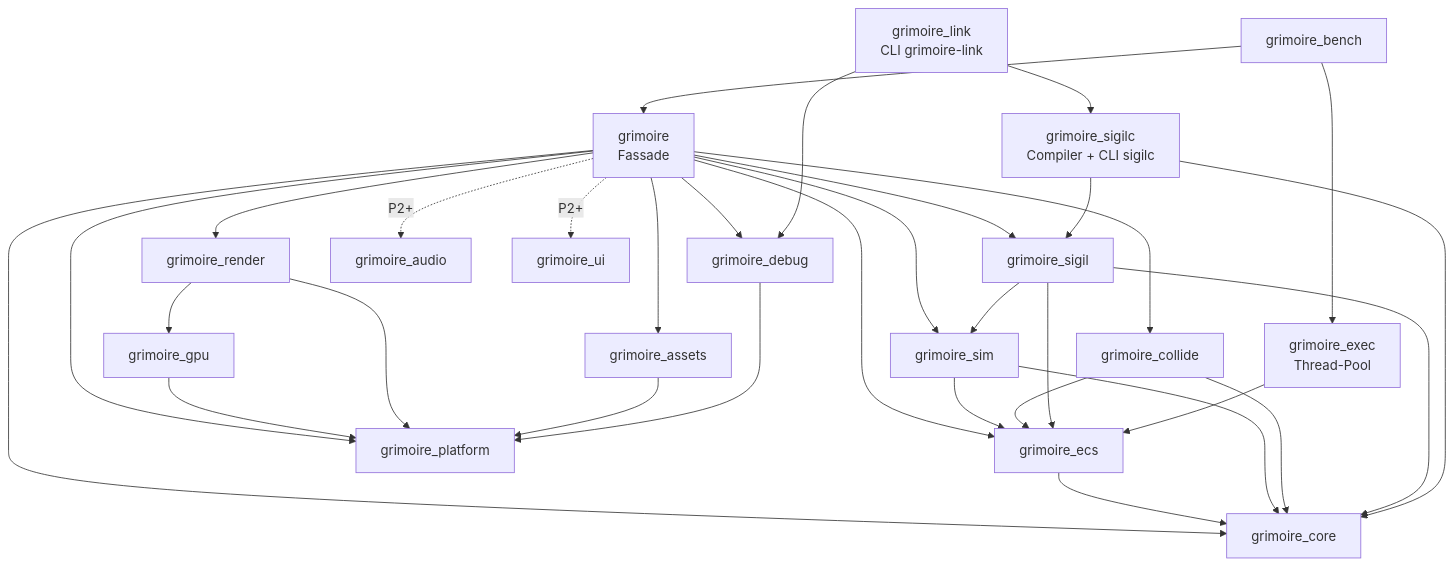
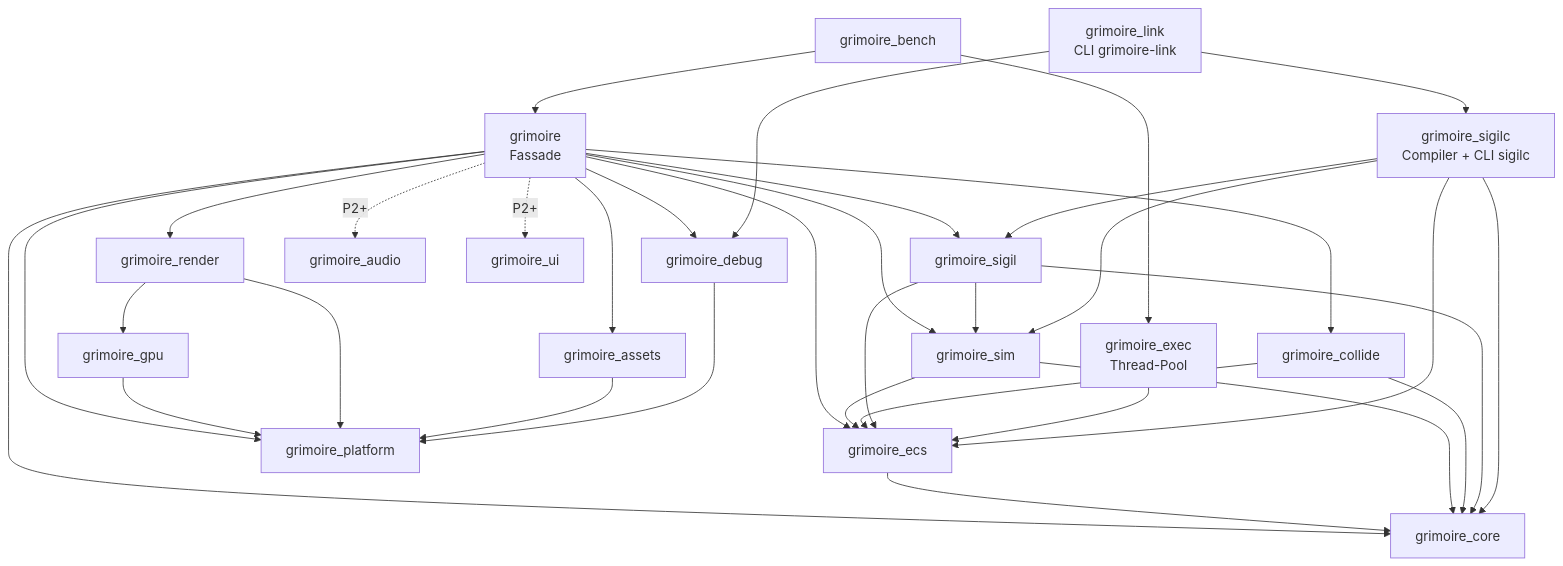
The diagram in docs/architektur/crate-vertraege.md (LupusMalusDeviant/grimoire), drawn with Mermaid before and after one commit. The commit also changed other lines of this file and 1 other file, not shown here.

````diff
--- a/docs/architektur/crate-vertraege.md
+++ b/docs/architektur/crate-vertraege.md
@@ -26,18 +26,18 @@
 ```mermaid
 graph TD
     FAC[grimoire<br/>Fassade] --> REN[grimoire_render] & SIM[grimoire_sim] & ECS[grimoire_ecs] & PLT[grimoire_platform] & CORE[grimoire_core]
     FAC --> COL[grimoire_collide] & SIG[grimoire_sigil] & AST[grimoire_assets] & DBG[grimoire_debug]
     FAC -.P2+.-> AUD[grimoire_audio] & UI[grimoire_ui]
     REN --> GPU[grimoire_gpu] --> PLT
     REN --> PLT
     SIM --> ECS --> CORE
     SIM --> CORE
     COL --> ECS & CORE
     SIG --> SIM & ECS & CORE
     AST --> PLT
     DBG --> PLT
     EXE[grimoire_exec<br/>Thread-Pool] --> ECS
-    SIGC[grimoire_sigilc<br/>Compiler + CLI sigilc] --> SIG & CORE
+    SIGC[grimoire_sigilc<br/>Compiler + CLI sigilc] --> SIG & SIM & ECS & CORE
     LINK[grimoire_link<br/>CLI grimoire-link] --> DBG & SIGC
     BENCH[grimoire_bench] --> FAC & EXE
 ```
````
